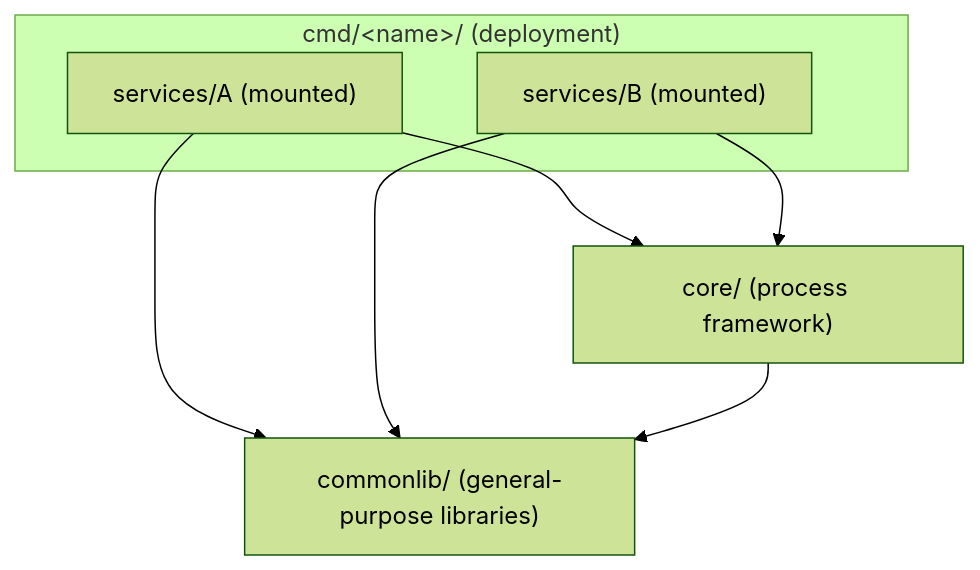
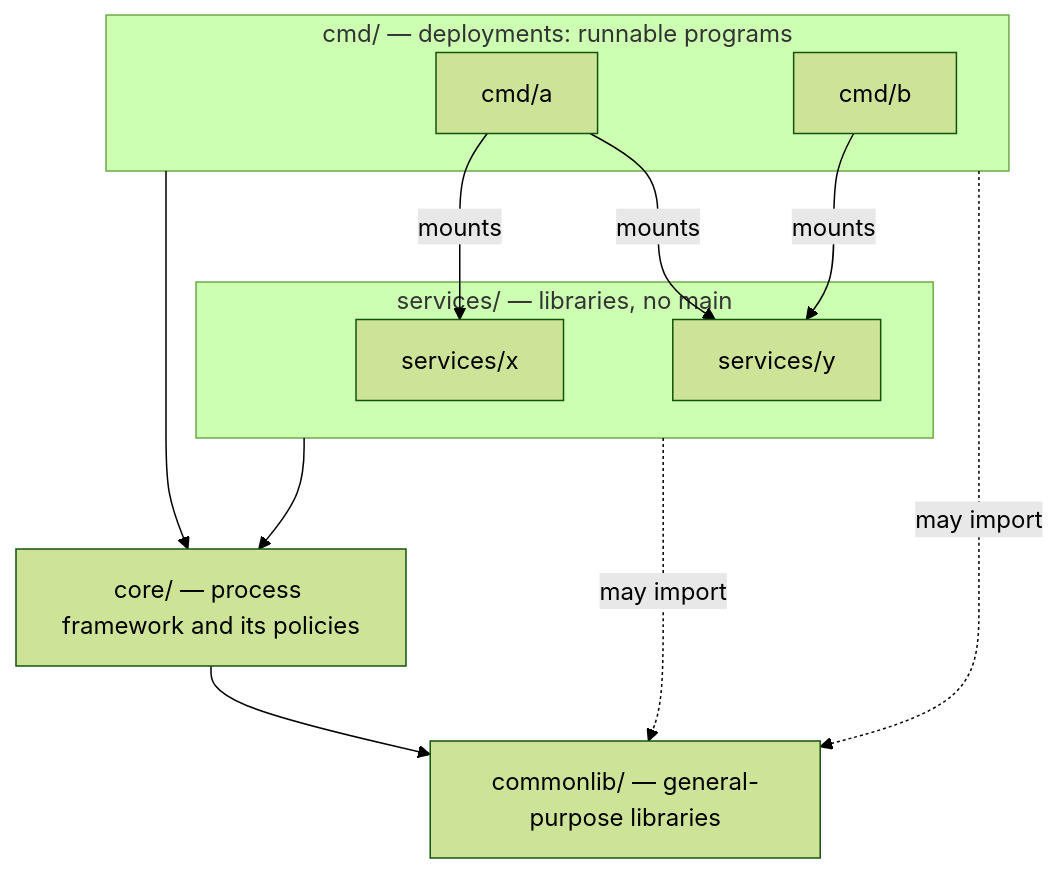
Before and after one commit to kienvan102/monorepo-microservices-template: the first of 2 diagrams in README.md, drawn with Mermaid (forest theme). The commit also changed other lines of this file and 1 other file, not shown here.

````diff
--- a/README.md
+++ b/README.md
@@ -50,12 +90,22 @@
 ```mermaid
 flowchart TB
-  subgraph D["cmd/&lt;name&gt;/ (deployment)"]
-    A["services/A (mounted)"]
-    B["services/B (mounted)"]
+  subgraph CMD["cmd/ — deployments: runnable programs"]
+    D1["cmd/a"]
+    D2["cmd/b"]
   end
-  A --> Core["core/ (process framework)"]
-  B --> Core
-  A --> Lib["commonlib/ (general-purpose libraries)"]
-  B --> Lib
-  Core --> Lib
+  subgraph SVC["services/ — libraries, no main"]
+    S1["services/x"]
+    S2["services/y"]
+  end
+  CORE["core/ — process framework and its policies"]
+  LIB["commonlib/ — general-purpose libraries"]
+
+  D1 -->|mounts| S1
+  D1 -->|mounts| S2
+  D2 -->|mounts| S2
+  CMD --> CORE
+  SVC --> CORE
+  CORE --> LIB
+  SVC -.->|may import| LIB
+  CMD -.->|may import| LIB
 ```
````
